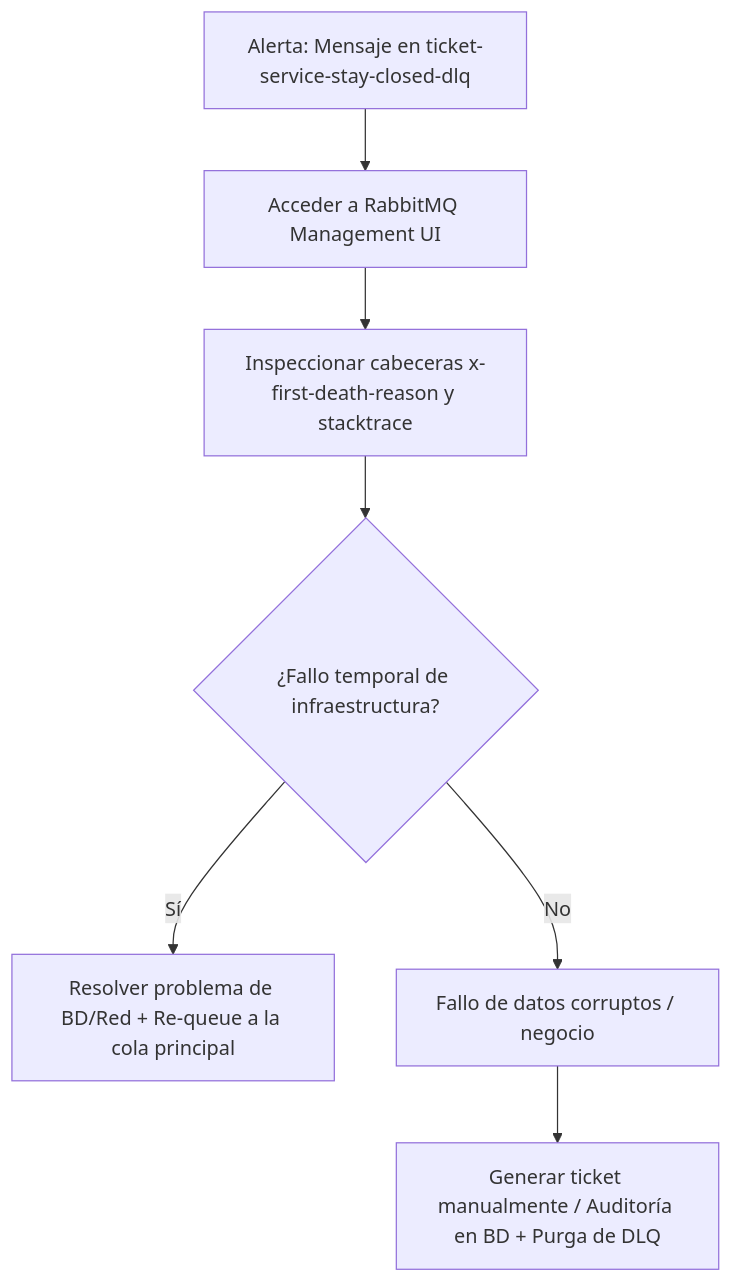
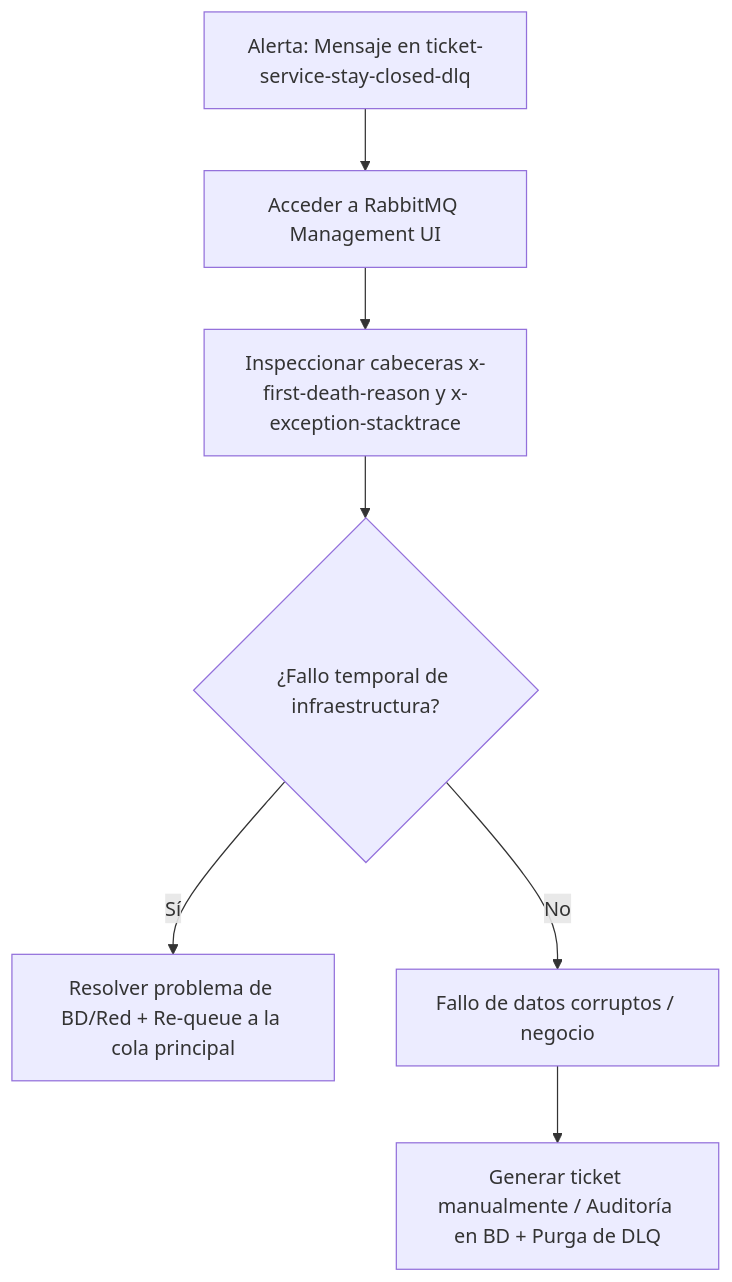
Before and after one commit to tartis-academy/tartis-recon-ai-parking-ticketService: the diagram in backend/ticket-service/docs/dlq_operational_protocol.md, drawn with Mermaid. The commit also changed other lines of this file and 3 other files, not shown here.

````diff
--- a/backend/ticket-service/docs/dlq_operational_protocol.md
+++ b/backend/ticket-service/docs/dlq_operational_protocol.md
@@ -33,9 +33,9 @@
 ```mermaid
 graph TD
     A[Alerta: Mensaje en ticket-service-stay-closed-dlq] --> B[Acceder a RabbitMQ Management UI]
-    B --> C[Inspeccionar cabeceras x-first-death-reason y stacktrace]
+    B --> C[Inspeccionar cabeceras x-first-death-reason y x-exception-stacktrace]
     C --> D{¿Fallo temporal de infraestructura?}
     D -- Sí --> E[Resolver problema de BD/Red + Re-queue a la cola principal]
     D -- No --> F[Fallo de datos corruptos / negocio]
     F --> G[Generar ticket manualmente / Auditoría en BD + Purga de DLQ]
 ```
````
